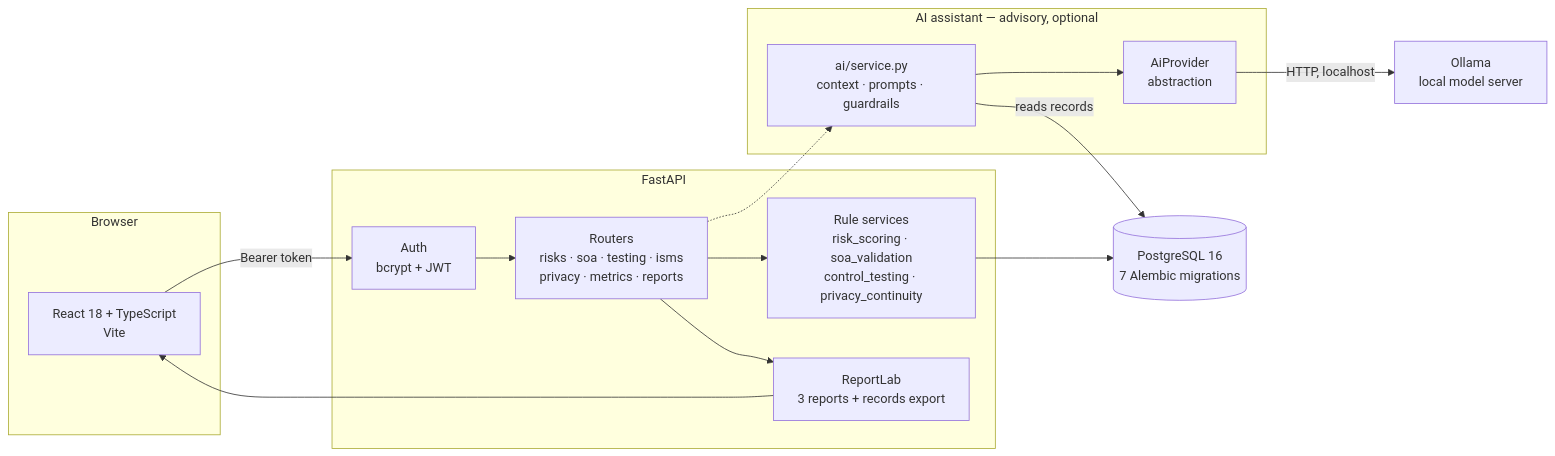
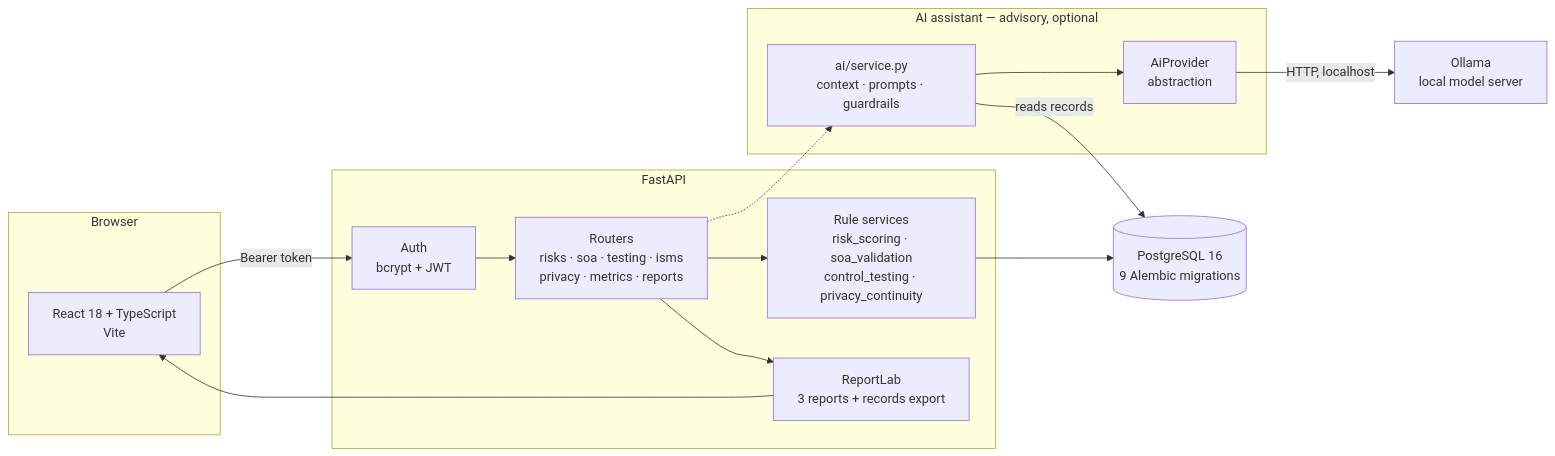
One commit to benidictdavid18-cpu/grcshield changed the diagram in README.md. Above: the diagram before and after it, drawn with Mermaid. The commit also changed other lines of this file and 2 other files, not shown here.

````diff
--- a/README.md
+++ b/README.md
@@ -72,29 +74,29 @@
 ```mermaid
 flowchart LR
     subgraph Browser
         UI["React 18 + TypeScript<br/>Vite"]
     end
     subgraph API["FastAPI"]
         AUTH["Auth<br/>bcrypt + JWT"]
         RULES["Rule services<br/>risk_scoring · soa_validation<br/>control_testing · privacy_continuity"]
         ROUTES["Routers<br/>risks · soa · testing · isms<br/>privacy · metrics · reports"]
         PDF["ReportLab<br/>3 reports + records export"]
     end
     subgraph AI["AI assistant — advisory, optional"]
         AISVC["ai/service.py<br/>context · prompts · guardrails"]
         PROV["AiProvider<br/>abstraction"]
     end
-    DB[("PostgreSQL 16<br/>7 Alembic migrations")]
+    DB[("PostgreSQL 16<br/>9 Alembic migrations")]
     OLLAMA["Ollama<br/>local model server"]
 
     UI -- "Bearer token" --> AUTH
     AUTH --> ROUTES
     ROUTES --> RULES
     RULES --> DB
     ROUTES --> PDF
     PDF --> UI
     ROUTES -.-> AISVC
     AISVC -- "reads records" --> DB
     AISVC --> PROV
     PROV -- "HTTP, localhost" --> OLLAMA
 ```
````
